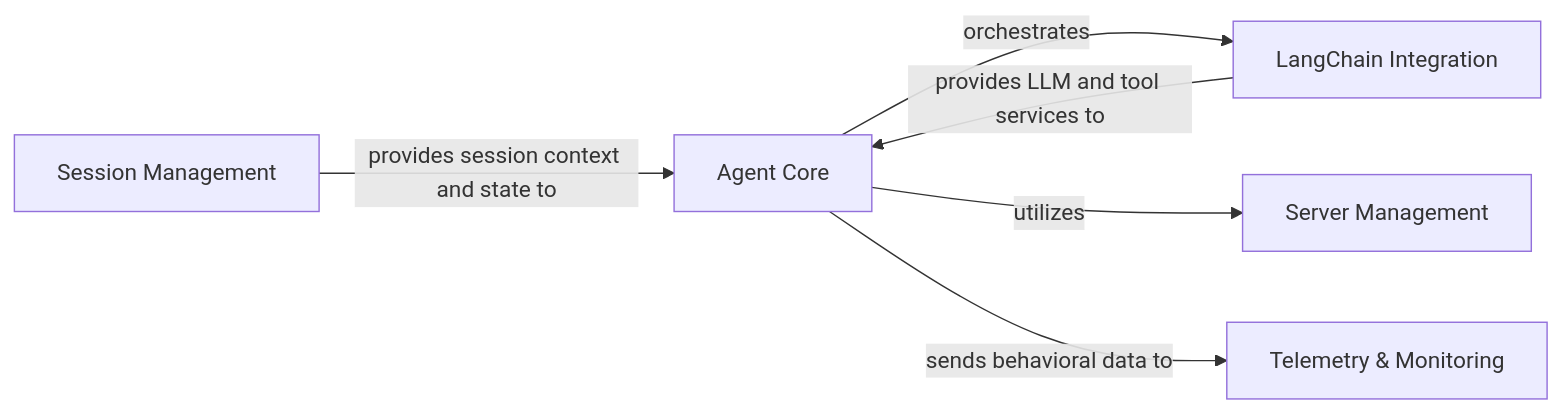
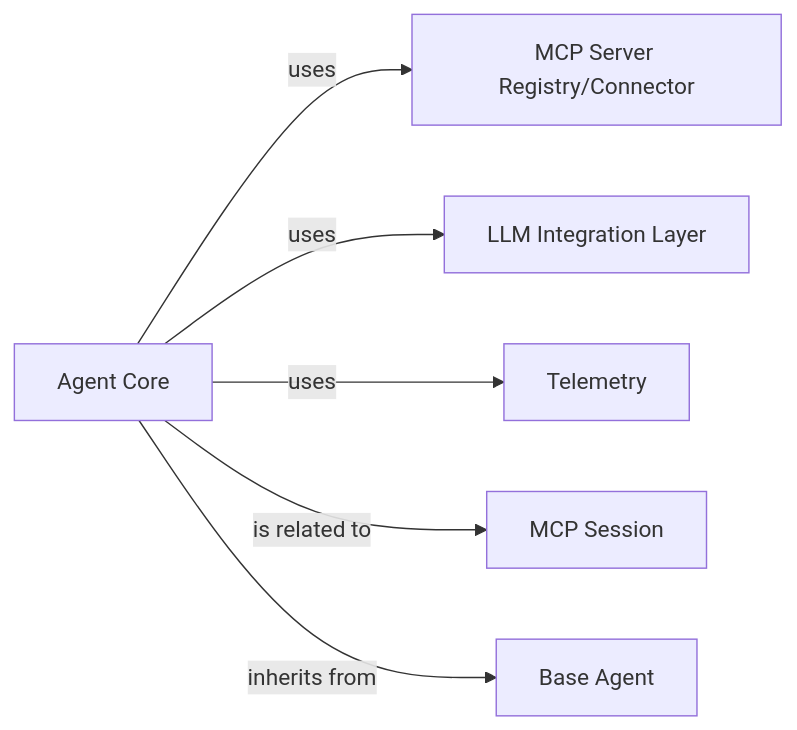
One commit to mcp-use/mcp-use changed the diagram in .codeboarding/Agent_Core.mdx. Above: the diagram before and after it, drawn with Mermaid. The commit also changed other lines of this file and 16 other files, not shown here.

First line of the commit message:
docs: update codeboarding documentation and generate architecture

````diff
--- a/.codeboarding/Agent_Core.mdx
+++ b/.codeboarding/Agent_Core.mdx
@@ -7,14 +7,15 @@
 ```mermaid
 graph LR
     Agent_Core["Agent Core"]
-    LangChain_Integration["LangChain Integration"]
-    Server_Management["Server Management"]
-    Session_Management["Session Management"]
-    Telemetry_Monitoring["Telemetry & Monitoring"]
-    Agent_Core -- "orchestrates" --> LangChain_Integration
-    Agent_Core -- "utilizes" --> Server_Management
-    LangChain_Integration -- "provides LLM and tool services to" --> Agent_Core
-    Session_Management -- "provides session context and state to" --> Agent_Core
-    Agent_Core -- "sends behavioral data to" --> Telemetry_Monitoring
+    Base_Agent["Base Agent"]
+    MCP_Server_Registry_Connector["MCP Server Registry/Connector"]
+    LLM_Integration_Layer["LLM Integration Layer"]
+    Telemetry["Telemetry"]
+    MCP_Session["MCP Session"]
+    Agent_Core -- "uses" --> MCP_Server_Registry_Connector
+    Agent_Core -- "uses" --> LLM_Integration_Layer
+    Agent_Core -- "uses" --> Telemetry
+    Agent_Core -- "is related to" --> MCP_Session
+    Agent_Core -- "inherits from" --> Base_Agent
     click Agent_Core href "/codeboarding/Agent_Core.md" "Details"
 ```
````
